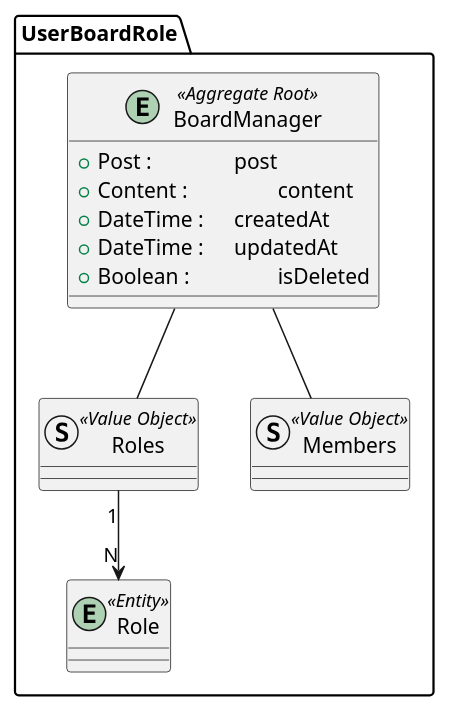
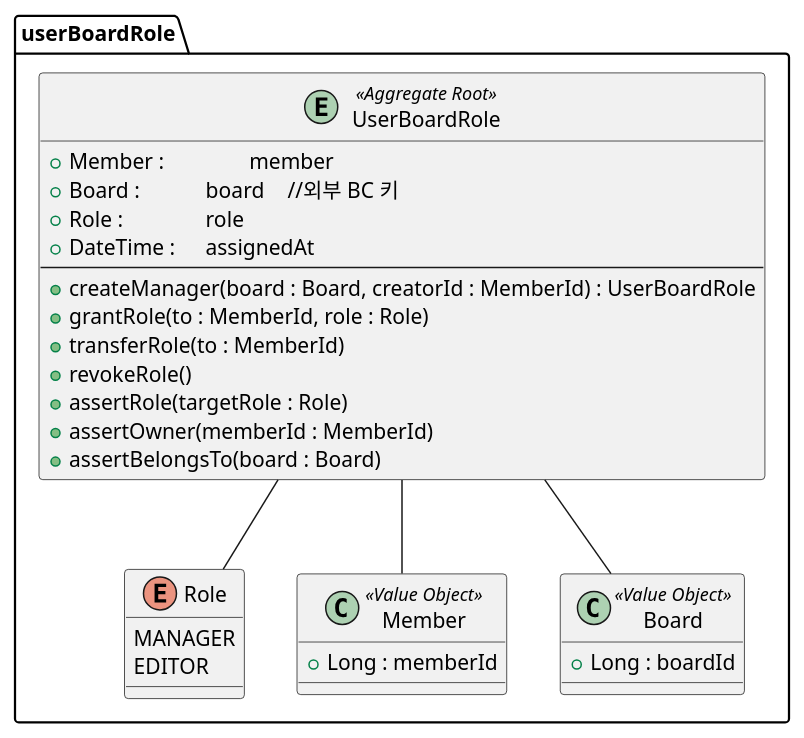
The diagram in document/puml/boardcontext/userBoardRoleAggregate.puml (SimpleBoardTeam/simpleBoard-server), drawn with PlantUML before and after one commit.

Commit message:
docs: userBoardRole 컨텍스트 UML 다이어그램 작성

```diff
--- a/document/puml/boardcontext/userBoardRoleAggregate.puml
+++ b/document/puml/boardcontext/userBoardRoleAggregate.puml
@@ -1,21 +1,37 @@
 @startuml
-package "UserBoardRole"{
-    entity BoardManager <<Aggregate Root>>{
-            +Post :\t\t post
-            +Content :\t\t content
-            +DateTime :\t createdAt
-            +DateTime :\t updatedAt
-            +Boolean :\t\t isDeleted
+package "userBoardRole" {
+    entity UserBoardRole <<Aggregate Root>> {
+        +Member : \t\t member
+        +Board : \t\t board \t//외부 BC 키
+        +Role : \t\t role
+        +DateTime : \t assignedAt
+        --
+        +createManager(board : Board, creatorId : MemberId) : UserBoardRole
+        +grantRole(to : MemberId, role : Role)
+        +transferRole(to : MemberId)
+        +revokeRole()
+        +assertRole(targetRole : Role)
+        +assertOwner(memberId : MemberId)
+        +assertBelongsTo(board : Board)
     }
-    entity Role <<Entity>>{
+
+    enum Role {
+        MANAGER
+        EDITOR
     }
-    struct Roles <<Value Object>>{
+
+    'VO
+    class Member <<Value Object>> {
+        +Long : memberId
     }
-    struct Members <<Value Object>>{
+
+    class Board <<Value Object>> {
+        +Long : boardId
     }
+
+
+    UserBoardRole -- Role
+    UserBoardRole -- Board
+    UserBoardRole -- Member
 }
-
-BoardManager -- Roles
-BoardManager -- Members
-Roles "1" --> "N" Role
 @enduml
```
